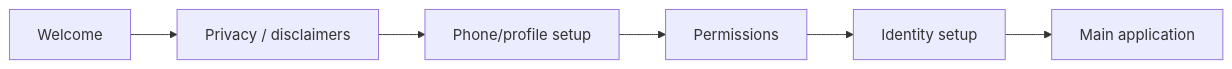
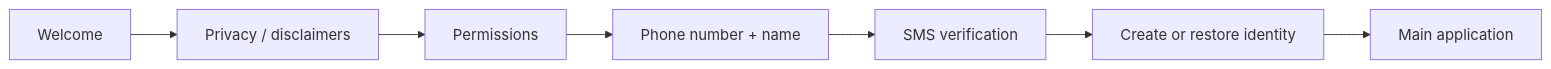
One commit to cbgm/Sparrow changed the diagram in docs/features/onboarding.md. Above: the diagram before and after it, drawn with Mermaid. The commit also changed other lines of this file and 102 other files, not shown here.

````diff
--- a/docs/features/onboarding.md
+++ b/docs/features/onboarding.md
@@ -14,8 +18,9 @@
 ```mermaid
 flowchart LR
     W[Welcome] --> P[Privacy / disclaimers]
-    P --> PHONE[Phone/profile setup]
-    PHONE --> PERM[Permissions]
-    PERM --> ID[Identity setup]
+    P --> PERM[Permissions]
+    PERM --> PHONE[Phone number + name]
+    PHONE --> V[SMS verification]
+    V --> ID[Create or restore identity]
     ID --> MAIN[Main application]
 ```
````
